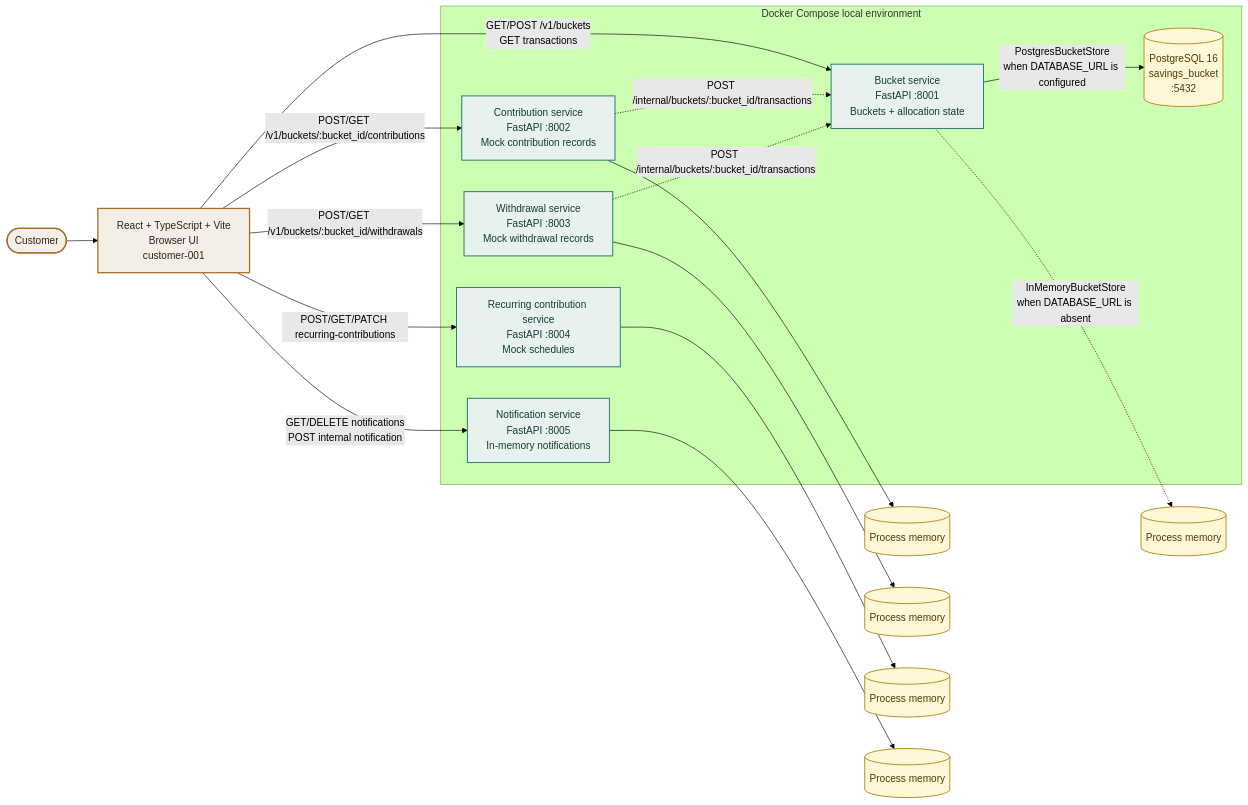
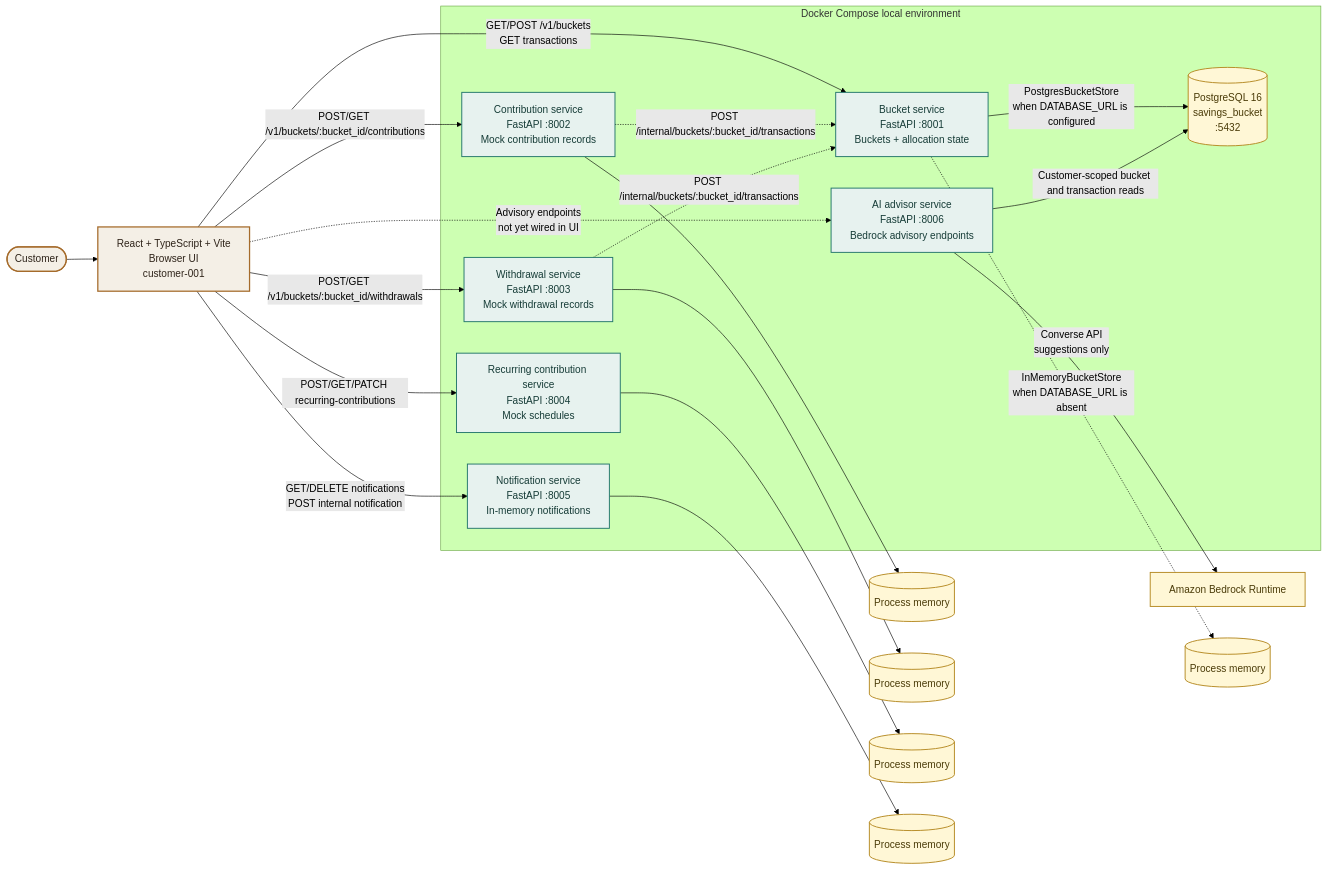
Before and after one commit to mphasis-dnyaneshk/savings-bucket-fde: the first of 4 diagrams in docs/current-architecture-flow.md, drawn with Mermaid (forest theme). The commit also changed other lines of this file and 18 other files, not shown here.

````diff
--- a/docs/current-architecture-flow.md
+++ b/docs/current-architecture-flow.md
@@ -7,39 +7,44 @@
 ```mermaid
 flowchart LR
     customer([Customer])
     browser[React + TypeScript + Vite<br/>Browser UI<br/>customer-001]
 
     subgraph compose[Docker Compose local environment]
         bucket[Bucket service<br/>FastAPI :8001<br/>Buckets + allocation state]
         contribution[Contribution service<br/>FastAPI :8002<br/>Mock contribution records]
         withdrawal[Withdrawal service<br/>FastAPI :8003<br/>Mock withdrawal records]
         recurring[Recurring contribution service<br/>FastAPI :8004<br/>Mock schedules]
         notification[Notification service<br/>FastAPI :8005<br/>In-memory notifications]
+        advisor[AI advisor service<br/>FastAPI :8006<br/>Bedrock advisory endpoints]
         postgres[(PostgreSQL 16<br/>savings_bucket<br/>:5432)]
     end
+    bedrock[Amazon Bedrock Runtime]
 
     customer --> browser
     browser -->|GET/POST /v1/buckets<br/>GET transactions| bucket
     browser -->|POST/GET /v1/buckets/:bucket_id/contributions| contribution
     browser -->|POST/GET /v1/buckets/:bucket_id/withdrawals| withdrawal
     browser -->|POST/GET/PATCH recurring-contributions| recurring
     browser -->|GET/DELETE notifications\nPOST internal notification| notification
+    browser -.->|Advisory endpoints<br/>not yet wired in UI| advisor
 
     contribution -.->|POST /internal/buckets/:bucket_id/transactions| bucket
     withdrawal -.->|POST /internal/buckets/:bucket_id/transactions| bucket
 
     bucket -->|PostgresBucketStore<br/>when DATABASE_URL is configured| postgres
+    advisor -->|Customer-scoped bucket and transaction reads| postgres
+    advisor -->|Converse API<br/>suggestions only| bedrock
     bucket -.->|InMemoryBucketStore<br/>when DATABASE_URL is absent| bucketMemory[(Process memory)]
     contribution --> contributionMemory[(Process memory)]
     withdrawal --> withdrawalMemory[(Process memory)]
     recurring --> recurringMemory[(Process memory)]
     notification --> notificationMemory[(Process memory)]
 
     classDef user fill:#f4efe6,stroke:#a56b2b,color:#2f241a,stroke-width:2px
     classDef service fill:#e7f2ef,stroke:#23766b,color:#163c37,stroke-width:1.5px
     classDef data fill:#fff7d6,stroke:#b58a22,color:#4a3b08,stroke-width:1.5px
     classDef future fill:#eeeeee,stroke:#999999,color:#555555
     class customer,browser user
-    class bucket,contribution,withdrawal,recurring,notification service
-    class postgres,bucketMemory,contributionMemory,withdrawalMemory,recurringMemory,notificationMemory data
+    class bucket,contribution,withdrawal,recurring,notification,advisor service
+    class postgres,bucketMemory,contributionMemory,withdrawalMemory,recurringMemory,notificationMemory,bedrock data
 ```
````
